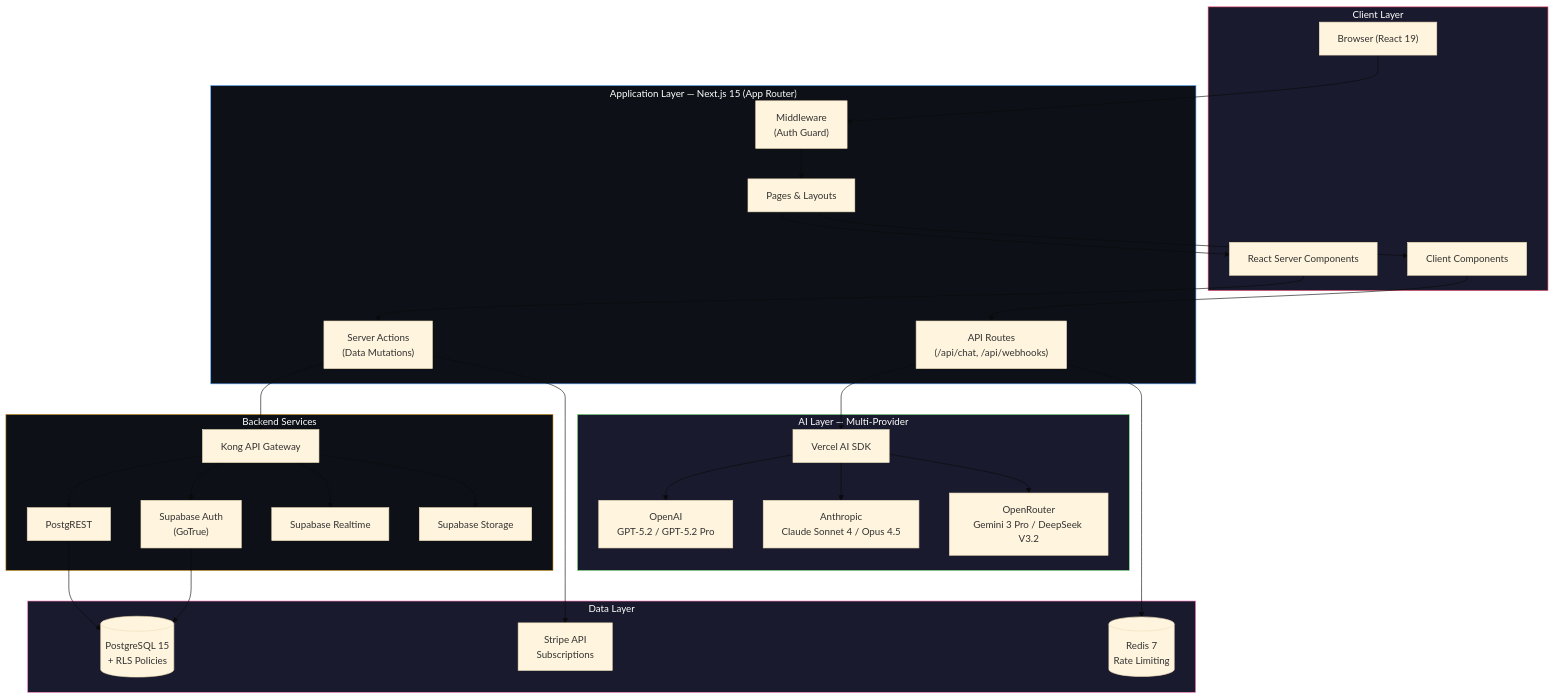
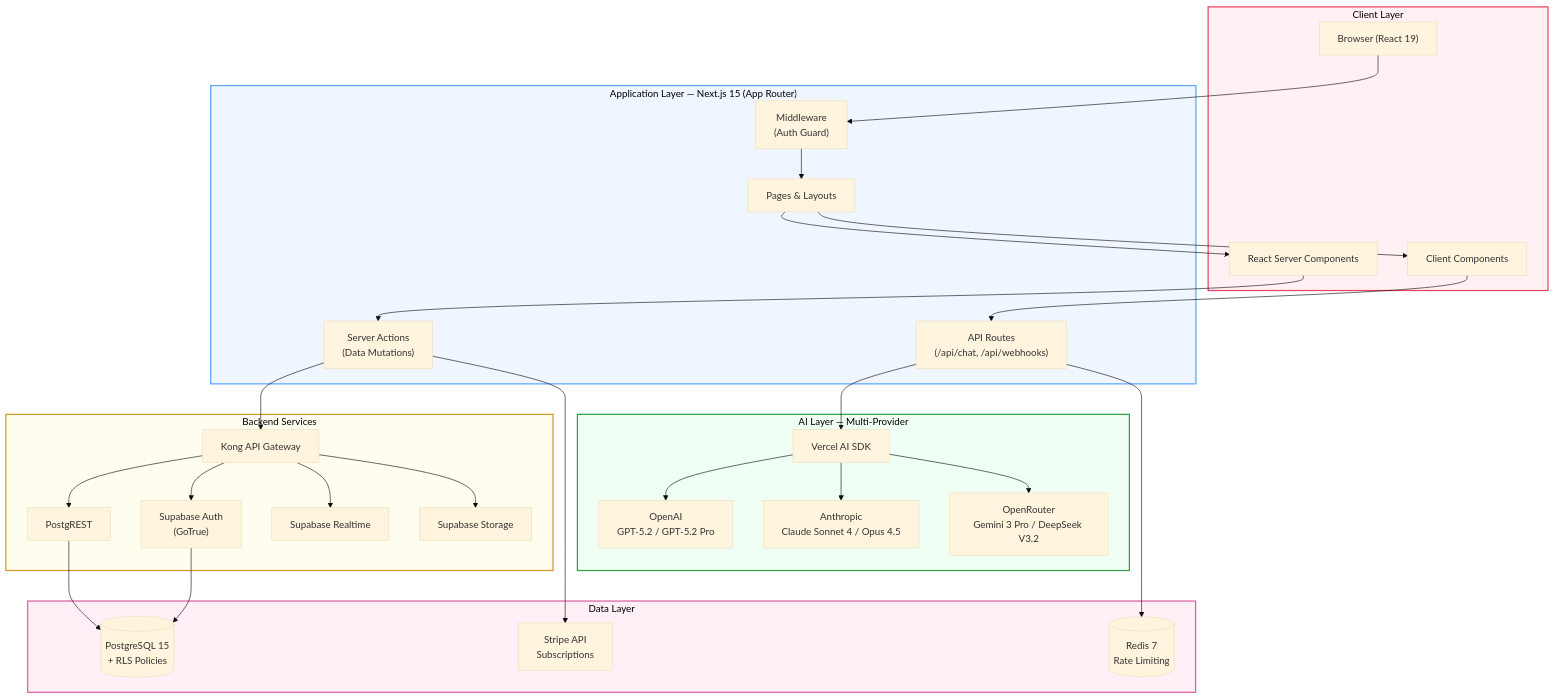
Before and after one commit to johnnietse/AI-Powered_Professional_Job_Application_Assistant: the first of 10 diagrams in README.md, drawn with Mermaid (base theme). The commit also changed other lines of this file and 35 other files, not shown here.

Commit message:
docs: update architecture diagrams for light mode

````diff
--- a/README.md
+++ b/README.md
@@ -129,62 +129,62 @@
 ```mermaid
 graph TB
     subgraph Client["Client Layer"]
         Browser["Browser (React 19)"]
         RSC["React Server Components"]
         CC["Client Components"]
     end
 
     subgraph NextJS["Application Layer — Next.js 15 (App Router)"]
         Middleware["Middleware<br/>(Auth Guard)"]
         Pages["Pages & Layouts"]
         ServerActions["Server Actions<br/>(Data Mutations)"]
         APIRoutes["API Routes<br/>(/api/chat, /api/webhooks)"]
     end
 
     subgraph AI["AI Layer — Multi-Provider"]
         AISDK["Vercel AI SDK"]
         OpenAI["OpenAI<br/>GPT-5.2 / GPT-5.2 Pro"]
         Anthropic["Anthropic<br/>Claude Sonnet 4 / Opus 4.5"]
         OpenRouter["OpenRouter<br/>Gemini 3 Pro / DeepSeek V3.2"]
     end
 
     subgraph Backend["Backend Services"]
         SupabaseAuth["Supabase Auth<br/>(GoTrue)"]
         Kong["Kong API Gateway"]
         PostgREST["PostgREST"]
         Realtime["Supabase Realtime"]
         Storage["Supabase Storage"]
     end
 
     subgraph Data["Data Layer"]
         PostgreSQL[("PostgreSQL 15<br/>+ RLS Policies")]
         Redis[("Redis 7<br/>Rate Limiting")]
         Stripe["Stripe API<br/>Subscriptions"]
     end
 
     Browser --> Middleware
     Middleware --> Pages
     Pages --> RSC
     Pages --> CC
     RSC --> ServerActions
     CC --> APIRoutes
     APIRoutes --> AISDK
     AISDK --> OpenAI
     AISDK --> Anthropic
     AISDK --> OpenRouter
     ServerActions --> Kong
     Kong --> PostgREST
     Kong --> SupabaseAuth
     PostgREST --> PostgreSQL
     SupabaseAuth --> PostgreSQL
     APIRoutes --> Redis
     ServerActions --> Stripe
     Kong --> Realtime
     Kong --> Storage
 
-    style Client fill:#1a1a2e,stroke:#e94560,color:#fff
-    style NextJS fill:#0d1117,stroke:#58a6ff,color:#fff
-    style AI fill:#1a1a2e,stroke:#7ee787,color:#fff
-    style Backend fill:#0d1117,stroke:#d29922,color:#fff
-    style Data fill:#1a1a2e,stroke:#f778ba,color:#fff
+    style Client fill:#fff0f3,stroke:#e94560,stroke-width:2px,color:#000
+    style NextJS fill:#f0f6ff,stroke:#58a6ff,stroke-width:2px,color:#000
+    style AI fill:#f0fff4,stroke:#2ea043,stroke-width:2px,color:#000
+    style Backend fill:#fffdf0,stroke:#d29922,stroke-width:2px,color:#000
+    style Data fill:#fff0f8,stroke:#d8619d,stroke-width:2px,color:#000
 ```
````
